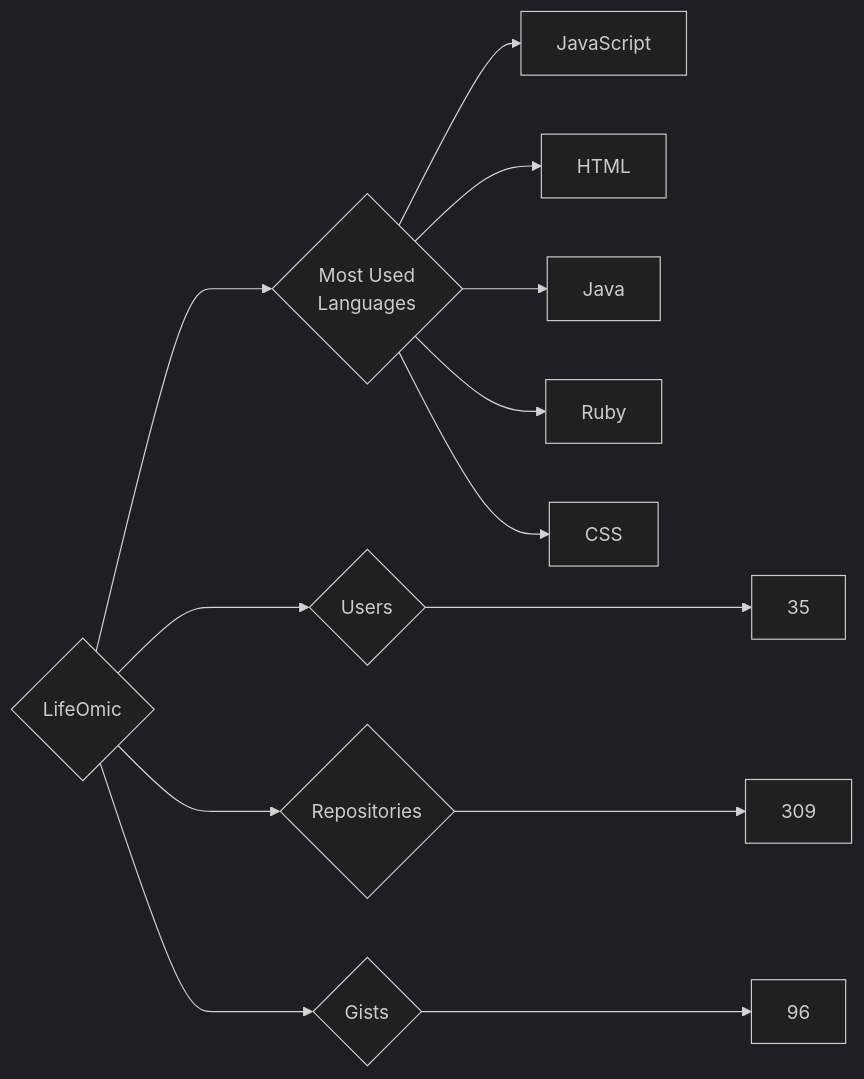
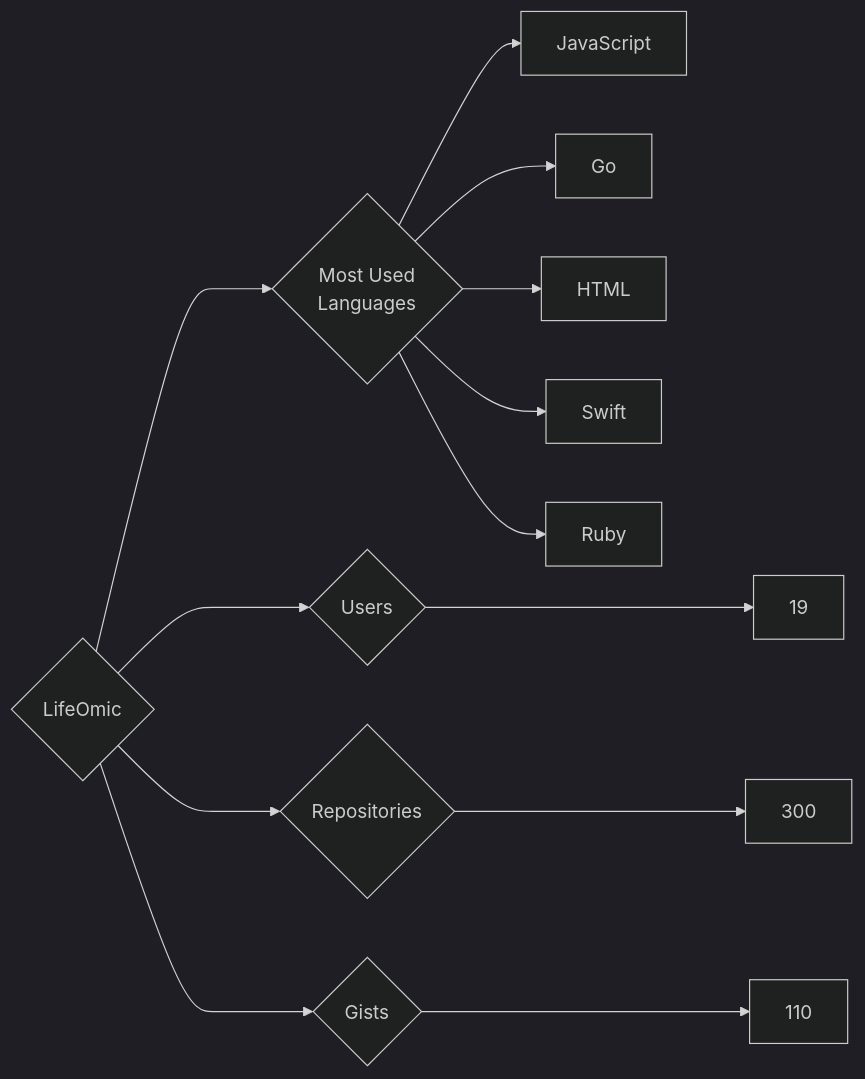
Before and after one commit to trickest/insiders: the diagram in targets/LifeOmic/README.md, drawn with Mermaid (dark theme). The commit also changed 748 other files, not shown here.

````diff
--- a/targets/LifeOmic/README.md
+++ b/targets/LifeOmic/README.md
@@ -3,13 +3,13 @@
 ```mermaid
 graph LR
 COMPANY_NAME{LifeOmic}
-COMPANY_NAME ---> U{Users} ---> UN[35]
-COMPANY_NAME ---> R{Repositories} ---> RN[309]
-COMPANY_NAME ---> G{Gists} ---> GN[96]
+COMPANY_NAME ---> U{Users} ---> UN[19]
+COMPANY_NAME ---> R{Repositories} ---> RN[300]
+COMPANY_NAME ---> G{Gists} ---> GN[110]
 COMPANY_NAME ---> ML{Most Used<br>Languages}
 ML --> JavaScript[JavaScript]
+ML --> Go[Go]
 ML --> HTML[HTML]
-ML --> Java[Java]
+ML --> Swift[Swift]
 ML --> Ruby[Ruby]
-ML --> CSS[CSS]
 ```
````
